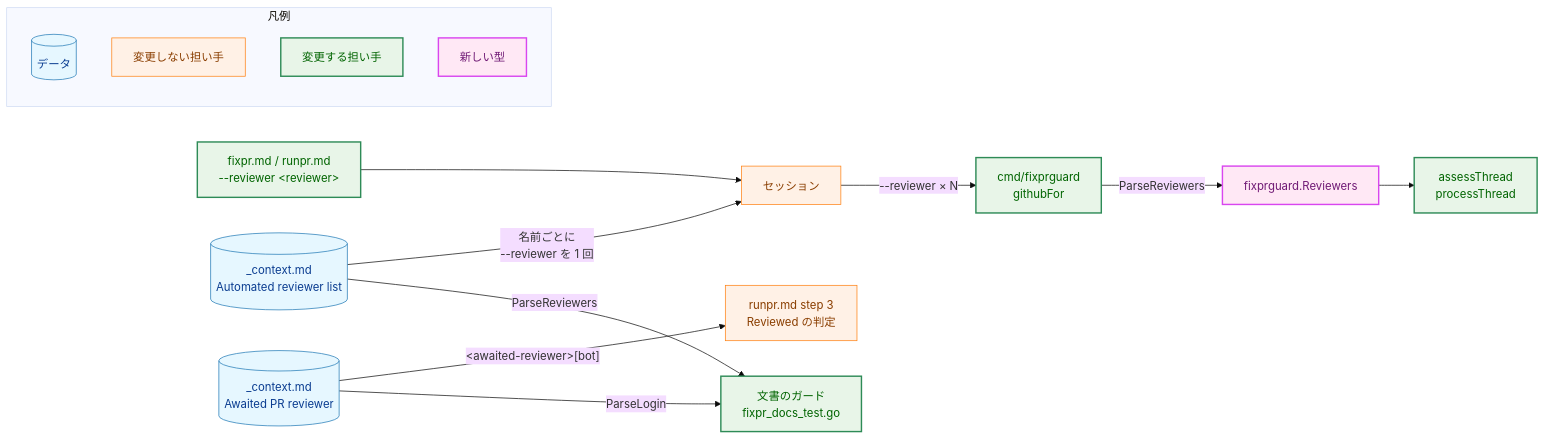
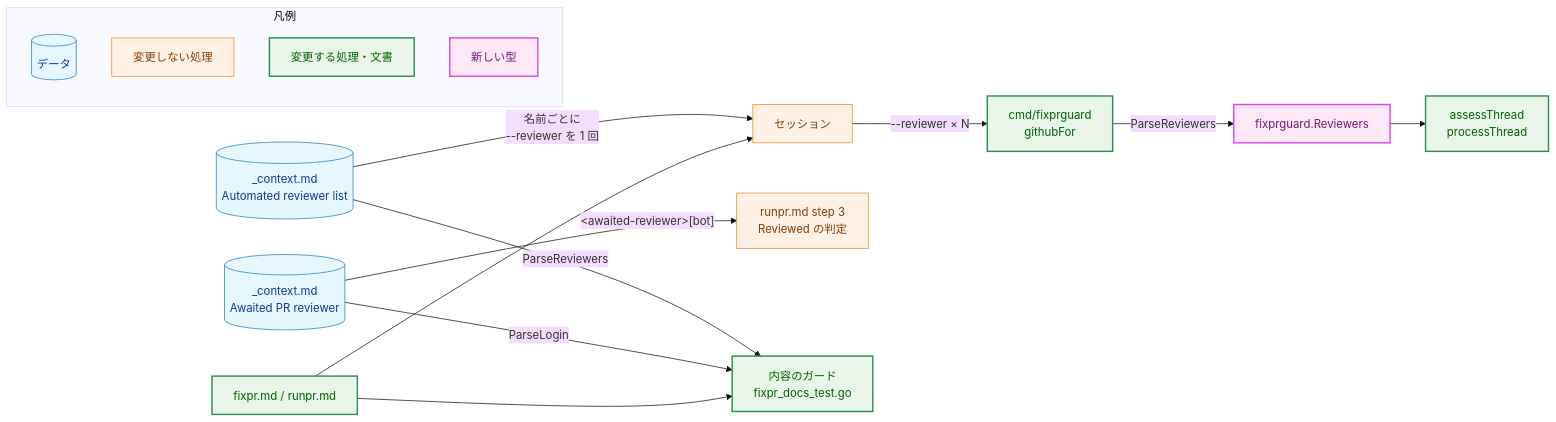
The first of 6 diagrams in docs/tasks/0033_multiple_trusted_reviewers/02_architecture.md (isseis/yt2column), drawn with Mermaid (base theme) before and after one commit. The commit also changed other lines of this file, not shown here.

First line of the commit message:
docs(0033): address architecture review findings

````diff
--- a/docs/tasks/0033_multiple_trusted_reviewers/02_architecture.md
+++ b/docs/tasks/0033_multiple_trusted_reviewers/02_architecture.md
@@ -66,42 +71,43 @@
 ```mermaid
 flowchart LR
     classDef data fill:#e6f7ff,stroke:#1f77b4,stroke-width:1px,color:#0b3d91;
     classDef process fill:#fff1e6,stroke:#ff7f0e,stroke-width:1px,color:#8a3e00;
     classDef enhanced fill:#e8f5e8,stroke:#2e8b57,stroke-width:2px,color:#006400;
     classDef newpkg fill:#ffe8f5,stroke:#d946ef,stroke-width:2px,color:#701a75;
 
     LIST[("_context.md<br>Automated reviewer list")]
     AWAIT[("_context.md<br>Awaited PR reviewer")]
-    DOCS["fixpr.md / runpr.md<br>--reviewer &lt;reviewer&gt;"]
+    DOCS["fixpr.md / runpr.md"]
     SESS["セッション"]
     FLAG["cmd/fixprguard<br>githubFor"]
     REV["fixprguard.Reviewers"]
     JUDGE["assessThread<br>processThread"]
     STEP3["runpr.md step 3<br>Reviewed の判定"]
-    GUARD["文書のガード<br>fixpr_docs_test.go"]
+    GUARD["内容のガード<br>fixpr_docs_test.go"]
 
     LIST -->|"名前ごとに<br>--reviewer を 1 回"| SESS
     DOCS --> SESS
     SESS -->|"--reviewer × N"| FLAG
     FLAG -->|"ParseReviewers"| REV
     REV --> JUDGE
     AWAIT -->|"&lt;awaited-reviewer&gt;[bot]"| STEP3
     LIST -->|"ParseReviewers"| GUARD
     AWAIT -->|"ParseLogin"| GUARD
+    DOCS --> GUARD
 
     class LIST,AWAIT data
     class SESS,STEP3 process
     class DOCS,FLAG,JUDGE,GUARD enhanced
     class REV newpkg
 
     subgraph Legend["凡例"]
         LG1[("データ")]
-        LG2["変更しない担い手"]
-        LG3["変更する担い手"]
+        LG2["変更しない処理"]
+        LG3["変更する処理・文書"]
         LG4["新しい型"]
     end
     class LG1 data
     class LG2 process
     class LG3 enhanced
     class LG4 newpkg
 ```
````
